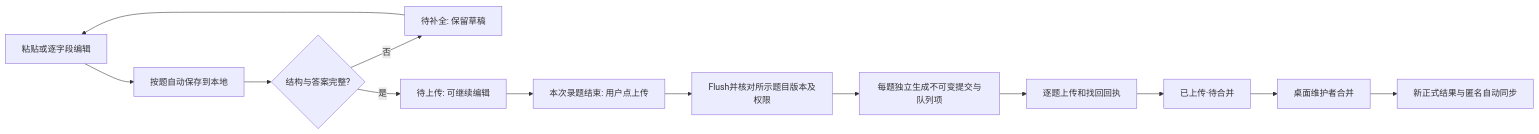
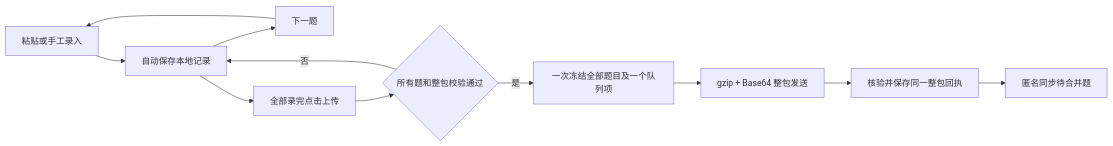
One commit to qingye0312-cpu/question-bank changed the diagram in docs/代码审计与录题重构方案-2026-10-18.md. Above: the diagram before and after it, drawn with Mermaid. The commit also changed other lines of this file and 88 other files, not shown here.

````diff
--- a/docs/代码审计与录题重构方案-2026-10-18.md
+++ b/docs/代码审计与录题重构方案-2026-10-18.md
@@ -284,15 +202,13 @@
 ```mermaid
 flowchart LR
-  A[粘贴或逐字段编辑] --> B[按题自动保存到本地]
-  B --> C{结构与答案完整?}
-  C -->|否| D[待补全: 保留草稿]
-  D --> A
-  C -->|是| E[待上传: 可继续编辑]
-  E --> F[本次录题结束: 用户点上传]
-  F --> G[Flush并核对所示题目版本及权限]
-  G --> H[每题独立生成不可变提交与队列项]
-  H --> I[逐题上传和找回回执]
-  I --> J[已上传·待合并]
-  J --> K[桌面维护者合并]
-  K --> L[新正式结果与匿名自动同步]
+  A[粘贴或手工录入] --> B[自动保存本地记录]
+  B --> C[下一题]
+  C --> A
+  B --> D[全部录完点击上传]
+  D --> E{所有题和整包校验通过}
+  E -->|否| B
+  E -->|是| F[一次冻结全部题目及一个队列项]
+  F --> G[gzip + Base64 整包发送]
+  G --> H[核验并保存同一整包回执]
+  H --> I[匿名同步待合并题]
 ```
````
